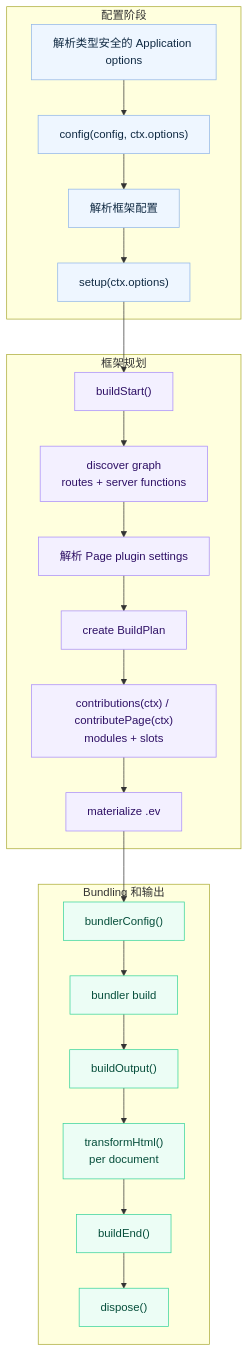
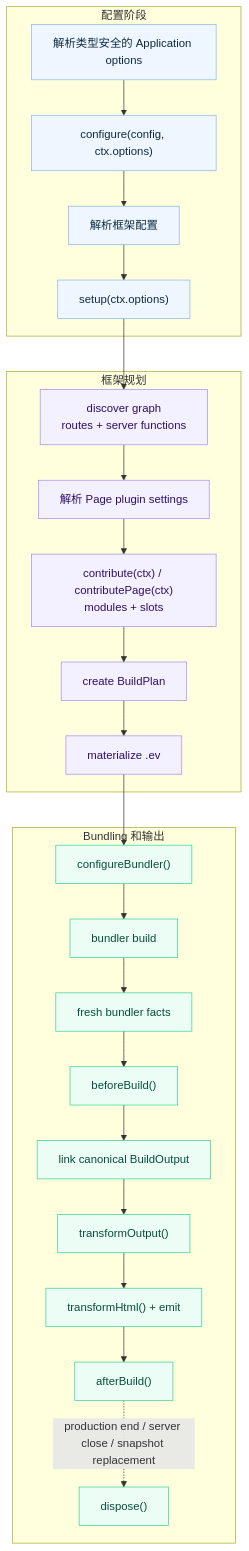
One commit to afx-team/evjs changed the diagram in docs/i18n/zh-Hans/docusaurus-plugin-content-docs/current/plugin-hooks.md. Above: the diagram before and after it, drawn with Mermaid. The commit also changed other lines of this file and 107 other files, not shown here.

````diff
--- a/docs/i18n/zh-Hans/docusaurus-plugin-content-docs/current/plugin-hooks.md
+++ b/docs/i18n/zh-Hans/docusaurus-plugin-content-docs/current/plugin-hooks.md
@@ -9,38 +9,41 @@
 ```mermaid
 flowchart TB
   subgraph Configure["配置阶段"]
     AppOptions["解析类型安全的 Application options"]
-    Config["config(config, ctx.options)"]
+    Config["configure(config, ctx.options)"]
     Resolve["解析框架配置"]
     Setup["setup(ctx.options)"]
   end
 
   subgraph Plan["框架规划"]
-    BuildStart["buildStart()"]
     Graph["discover graph\nroutes + server functions"]
     PageSettings["解析 Page plugin settings"]
+    Contributions["contribute(ctx) / contributePage(ctx)\nmodules + slots"]
     BuildPlan["create BuildPlan"]
-    Contributions["contributions(ctx) / contributePage(ctx)\nmodules + slots"]
     IR["materialize .ev"]
   end
 
   subgraph Build["Bundling 和输出"]
-    BundlerConfig["bundlerConfig()"]
+    BundlerConfig["configureBundler()"]
     Bundler["bundler build"]
-    BuildOutput["buildOutput()"]
-    HTML["transformHtml()\nper document"]
-    BuildEnd["buildEnd()"]
+    Facts["fresh bundler facts"]
+    BuildStart["beforeBuild()"]
+    Link["link canonical BuildOutput"]
+    BuildOutput["transformOutput()"]
+    HTML["transformHtml() + emit"]
+    BuildEnd["afterBuild()"]
     Dispose["dispose()"]
   end
 
-  AppOptions --> Config --> Resolve --> Setup --> BuildStart --> Graph --> PageSettings --> BuildPlan
-  BuildPlan --> Contributions --> IR --> BundlerConfig --> Bundler
-  Bundler --> BuildOutput --> HTML --> BuildEnd --> Dispose
+  AppOptions --> Config --> Resolve --> Setup --> Graph --> PageSettings --> Contributions --> BuildPlan
+  BuildPlan --> IR --> BundlerConfig --> Bundler --> Facts --> BuildStart --> Link
+  Link --> BuildOutput --> HTML --> BuildEnd
+  BuildEnd -. production end / server close / snapshot replacement .-> Dispose
 
   classDef config fill:#eef6ff,stroke:#8fb5e8,color:#102a43;
   classDef plan fill:#f3f0ff,stroke:#a78bfa,color:#2e1065;
   classDef build fill:#ecfdf5,stroke:#34d399,color:#064e3b;
   class AppOptions,Config,Resolve,Setup config;
-  class BuildStart,Graph,PageSettings,BuildPlan,Contributions,IR plan;
-  class BundlerConfig,Bundler,BuildOutput,HTML,BuildEnd,Dispose build;
+  class Graph,PageSettings,BuildPlan,Contributions,IR plan;
+  class BundlerConfig,Bundler,Facts,BuildStart,Link,BuildOutput,HTML,BuildEnd,Dispose build;
 ```
````
